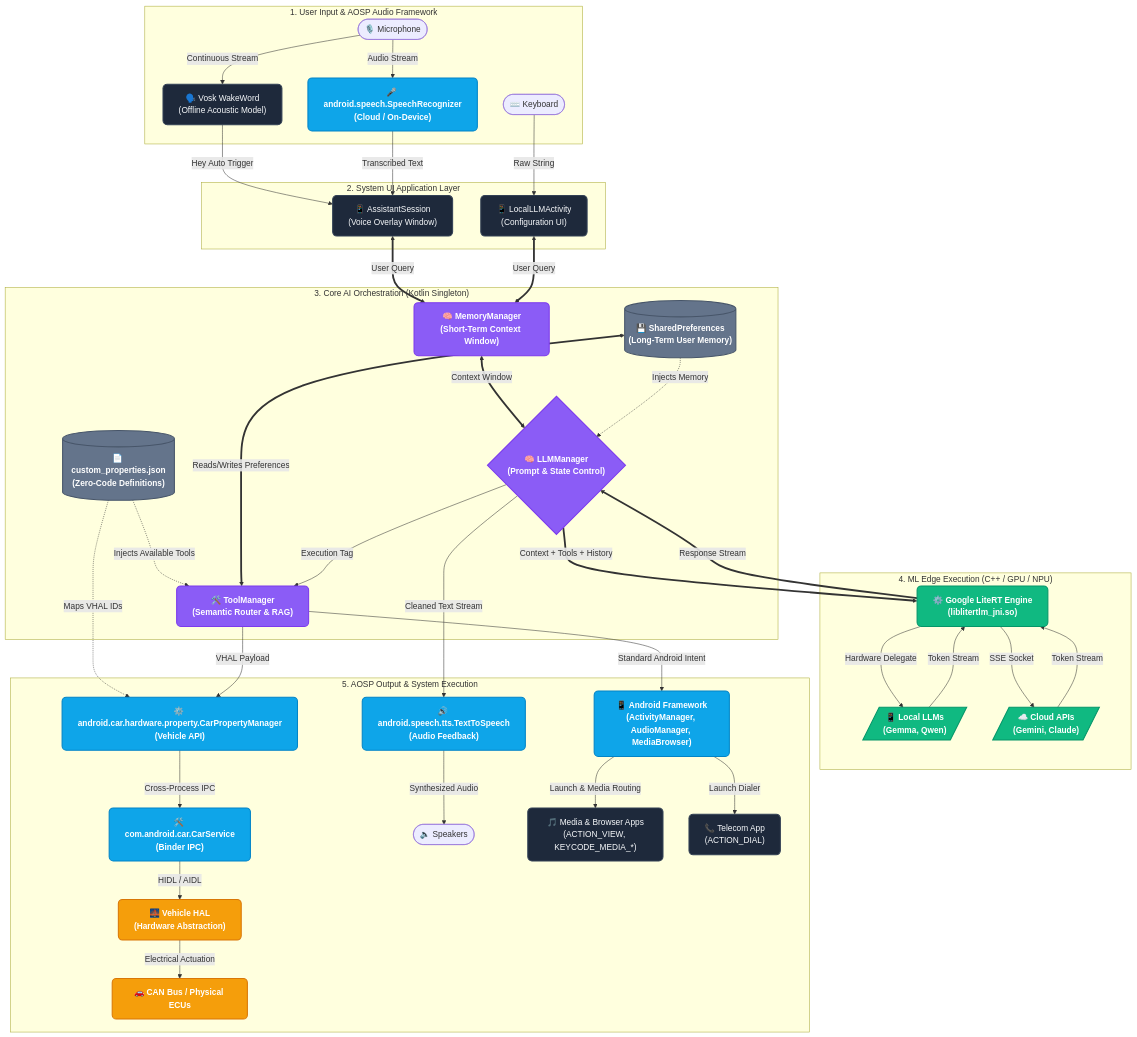
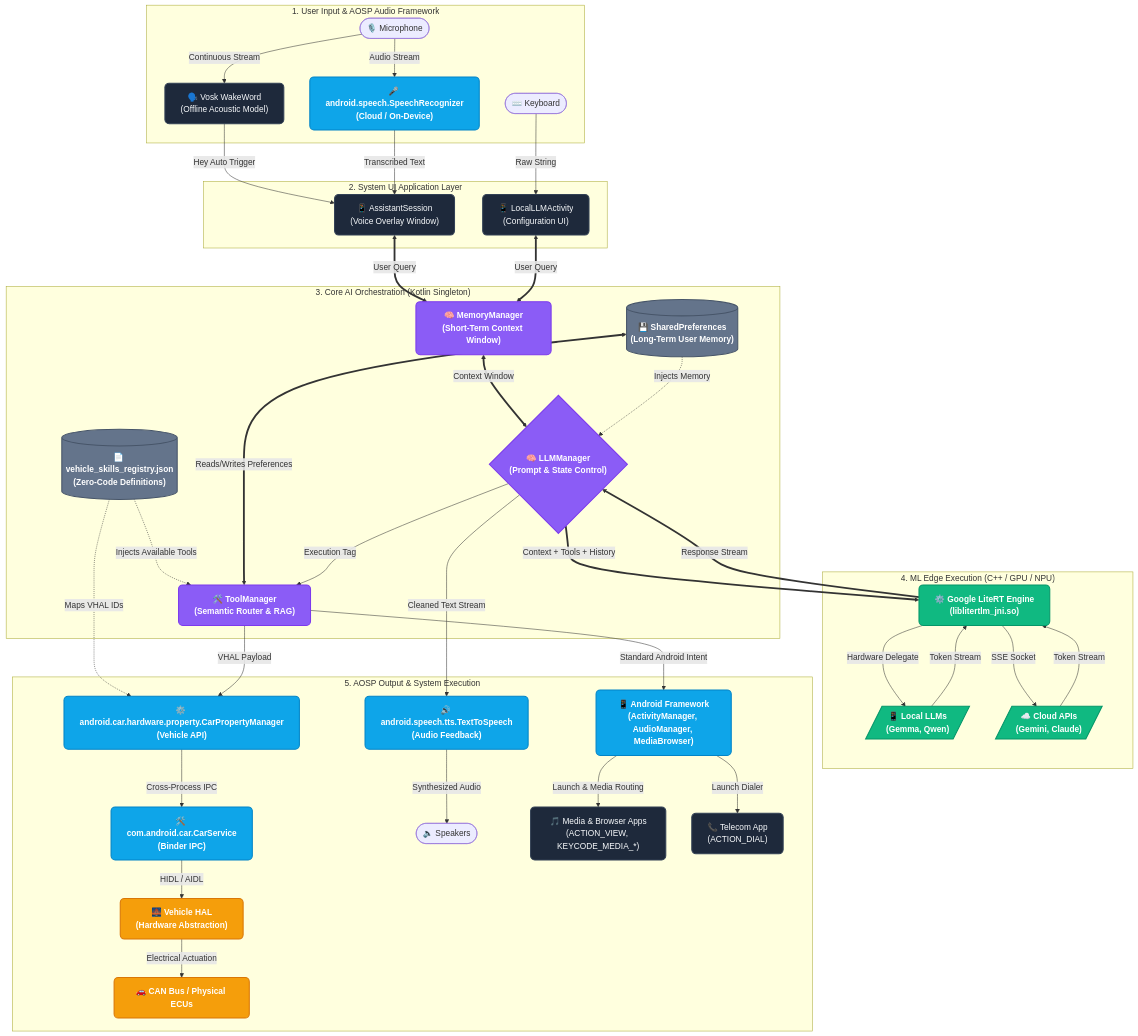
Before and after one commit to hemangpandhi/ai-assistant: the first of 4 diagrams in ARCHITECTURE.md, drawn with Mermaid. The commit also changed other lines of this file and 8 other files, not shown here.

Commit message:
refactor: rename custom_properties to vehicle_skills_registry

```diff
--- a/ARCHITECTURE.md
+++ b/ARCHITECTURE.md
@@ -34,7 +34,7 @@
         LLM{"🧠 LLMManager<br/>(Prompt & State Control)"}:::logic
         TM["🛠️ ToolManager<br/>(Semantic Router & RAG)"]:::logic
         MEM["🧠 MemoryManager<br/>(Short-Term Context Window)"]:::logic
-        JSON[("📄 custom_properties.json<br/>(Zero-Code Definitions)")]:::config
+        JSON[("📄 vehicle_skills_registry.json<br/>(Zero-Code Definitions)")]:::config
         PREFS[("💾 SharedPreferences<br/>(Long-Term User Memory)")]:::config
     end
 
```
